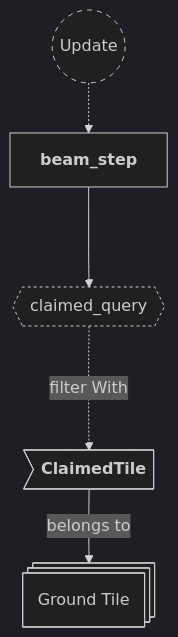
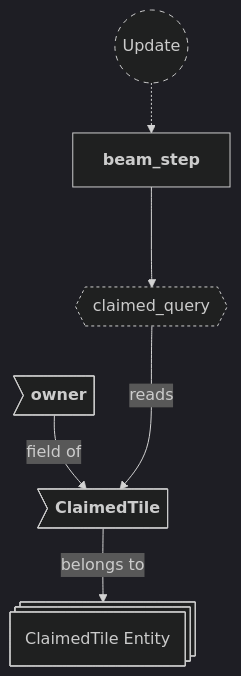
Before and after one commit to neurosoup/tyled: the eighth of 11 diagrams in backlog/docs/doc-7 - 006-Beam-plugin.md, drawn with Mermaid. The commit also changed other lines of this file and 11 other files, not shown here.

````diff
--- a/backlog/docs/doc-7 - 006-Beam-plugin.md
+++ b/backlog/docs/doc-7 - 006-Beam-plugin.md
@@ -215,24 +280,25 @@
 ```mermaid
 ---
 config:
   theme: dark
 ---
 
 flowchart TD
 classDef system-group stroke-dasharray: 5 5
 classDef query stroke-dasharray: 3 3
 
 update(("`Update`")):::system-group
 beam_step["`**beam_step**`"]
 
 update -.-> beam_step
 
 claimed_query{{"`claimed_query`"}}:::query
 beam_step ---> claimed_query
 
-ground_entity@{ shape: st-rect, label: "Ground Tile" }
+claimed_tile_entity@{ shape: st-rect, label: "ClaimedTile Entity" }
 
-gt_claimed>"`**ClaimedTile**`"] --> |belongs to| ground_entity
+ct_claimed>"`**ClaimedTile**`"] --> |belongs to| claimed_tile_entity
+ct_owner>"`**owner**`"] --> |field of| ct_claimed
 
-claimed_query -..-> |filter With| gt_claimed
+claimed_query ---> |reads| ct_claimed
 ```
````
